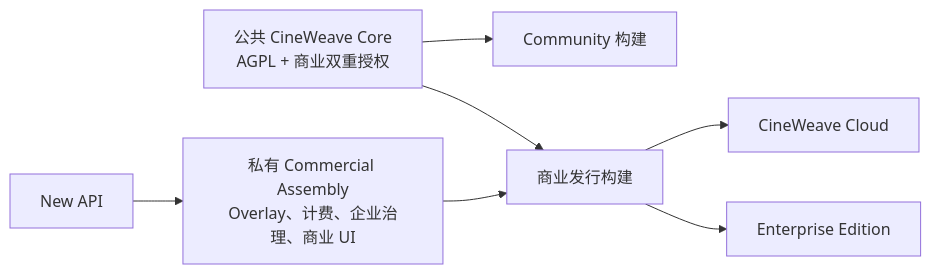
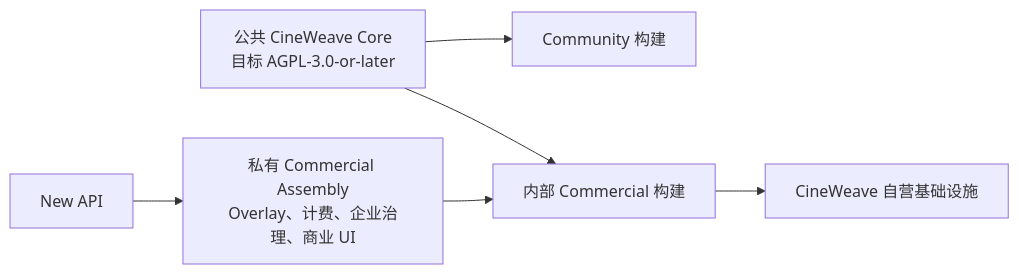
One commit to Einzieg/CineWeave changed the first of 5 diagrams in docs/new-api-commercial-billing-integration-target.md. Above: the diagram before and after it, drawn with Mermaid. The commit also changed other lines of this file and 35 other files, not shown here.

Commit message:
refactor: make commercial edition internal-only

````diff
--- a/docs/new-api-commercial-billing-integration-target.md
+++ b/docs/new-api-commercial-billing-integration-target.md
@@ -161,9 +161,8 @@
 ```mermaid
 flowchart LR
-    Core["公共 CineWeave Core<br/>AGPL + 商业双重授权"] --> CE["Community 构建"]
-    Core --> CommercialBuild["商业发行构建"]
+    Core["公共 CineWeave Core<br/>目标 AGPL-3.0-or-later"] --> CE["Community 构建"]
+    Core --> CommercialBuild["内部 Commercial 构建"]
     Private["私有 Commercial Assembly<br/>Overlay、计费、企业治理、商业 UI"] --> CommercialBuild
-    CommercialBuild --> Cloud["CineWeave Cloud"]
-    CommercialBuild --> EE["Enterprise Edition"]
+    CommercialBuild --> Internal["CineWeave 自营基础设施"]
     NewAPI["New API"] --> Private
 ```
````
